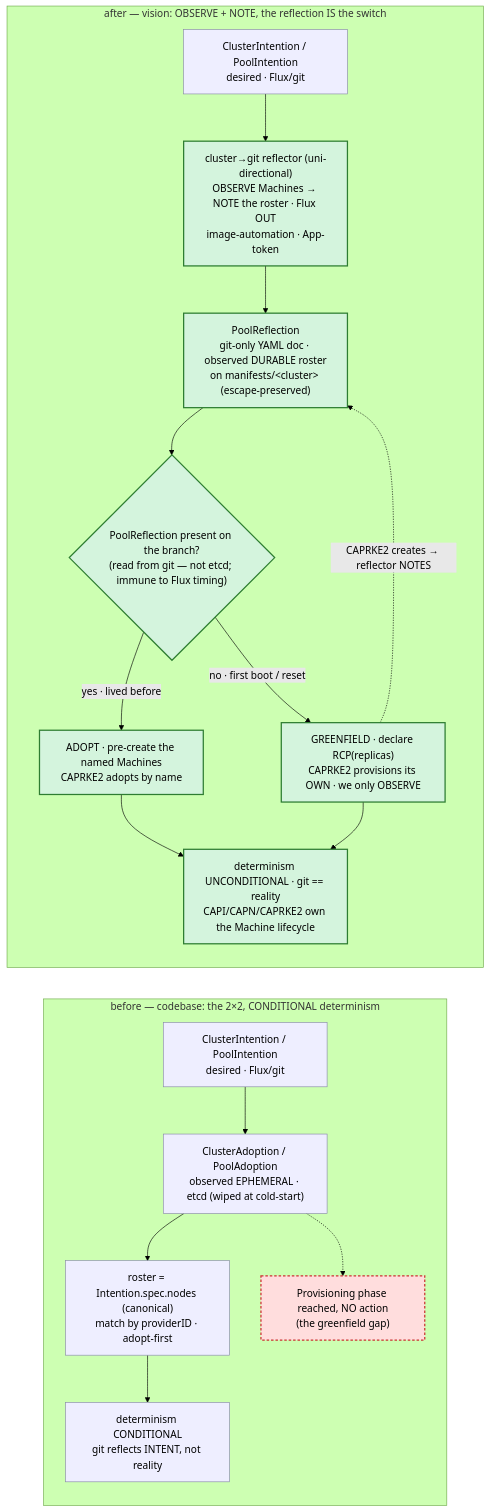
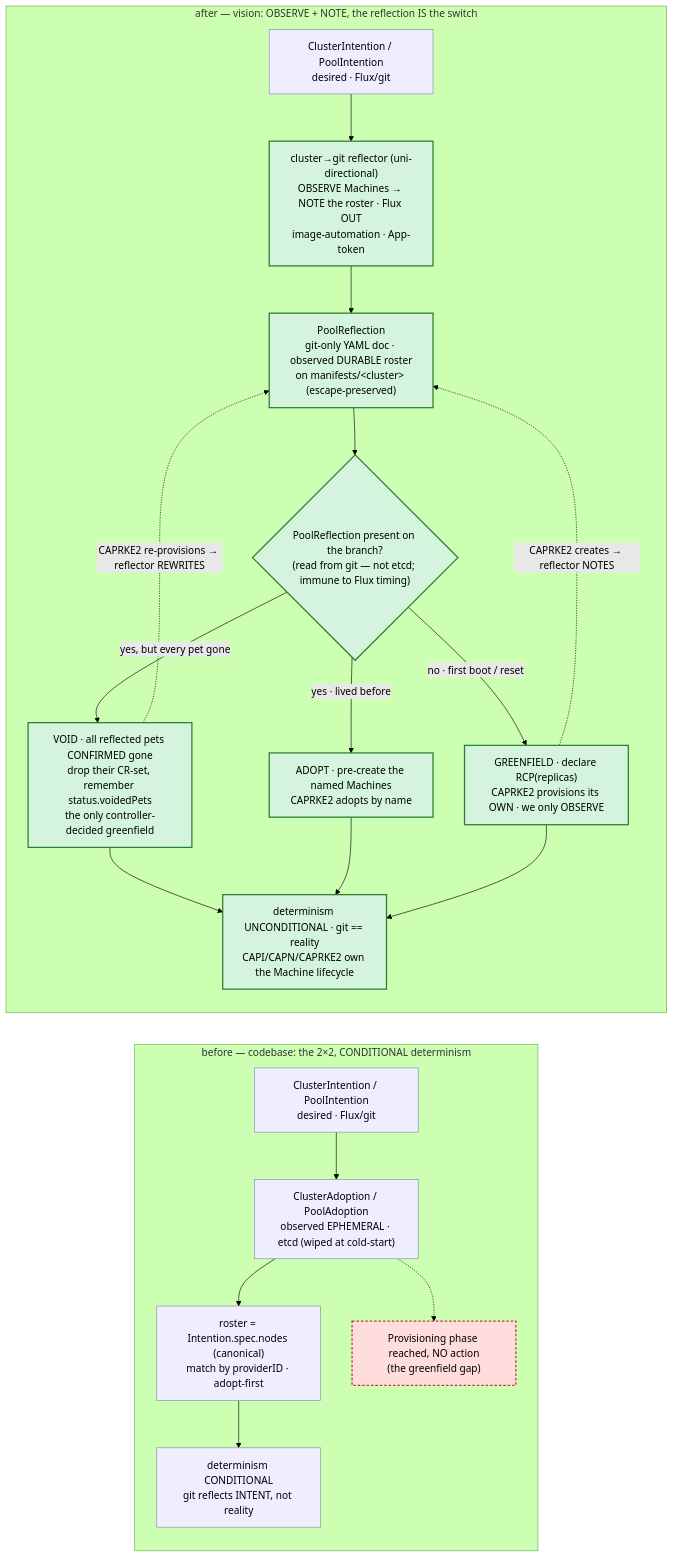
The diagram in docs/architecture/atlas/cluster-seeding.adoc (seedmatic/rke2lab), drawn with Mermaid (forest theme) before and after one commit. The commit also changed other lines of this file and 3 other files, not shown here.

```diff
--- a/docs/architecture/atlas/cluster-seeding.adoc
+++ b/docs/architecture/atlas/cluster-seeding.adoc
@@ -47,34 +47,38 @@
 [mermaid]
 ....
 flowchart LR
   subgraph B[before — codebase: the 2×2, CONDITIONAL determinism]
     b_int["ClusterIntention / PoolIntention<br/>desired · Flux/git"]
     b_ad["ClusterAdoption / PoolAdoption<br/>observed EPHEMERAL · etcd (wiped at cold-start)"]
     b_ros["roster = Intention.spec.nodes (canonical)<br/>match by providerID · adopt-first"]
     b_det["determinism CONDITIONAL<br/>git reflects INTENT, not reality"]
     b_gap["Provisioning phase reached, NO action<br/>(the greenfield gap)"]
     b_int --> b_ad --> b_ros --> b_det
     b_ad -.-> b_gap
   end
   subgraph A[after — vision: OBSERVE + NOTE, the reflection IS the switch]
     a_int["ClusterIntention / PoolIntention<br/>desired · Flux/git"]
     a_ref["cluster→git reflector (uni-directional)<br/>OBSERVE Machines → NOTE the roster · Flux OUT<br/>image-automation · App-token"]
     a_refl["PoolReflection<br/>git-only YAML doc · observed DURABLE roster<br/>on manifests/&lt;cluster&gt; (escape-preserved)"]
     a_sw{"PoolReflection present on the branch?<br/>(read from git — not etcd; immune to Flux timing)"}
     a_adopt["ADOPT · pre-create the named Machines<br/>CAPRKE2 adopts by name"]
     a_green["GREENFIELD · declare RCP(replicas)<br/>CAPRKE2 provisions its OWN · we only OBSERVE"]
     a_det["determinism UNCONDITIONAL · git == reality<br/>CAPI/CAPN/CAPRKE2 own the Machine lifecycle"]
     a_int --> a_ref --> a_refl --> a_sw
+    a_void["VOID · all reflected pets CONFIRMED gone<br/>drop their CR-set, remember status.voidedPets<br/>the only controller-decided greenfield"]
     a_sw -->|"yes · lived before"| a_adopt
+    a_sw -->|"yes, but every pet gone"| a_void
     a_sw -->|"no · first boot / reset"| a_green
+    a_void -.->|"CAPRKE2 re-provisions → reflector REWRITES"| a_refl
+    a_void --> a_det
     a_green -.->|"CAPRKE2 creates → reflector NOTES"| a_refl
     a_adopt --> a_det
     a_green --> a_det
   end
   classDef built fill:#eef,stroke:#88a,stroke-width:1px;
   classDef new fill:#d4f4dd,stroke:#2e7d32,stroke-width:2px;
   classDef gone fill:#fdd,stroke:#c33,stroke-width:2px,stroke-dasharray:4 3;
   class b_int,b_ad,b_ros,b_det,a_int built;
   class b_gap gone;
-  class a_ref,a_refl,a_sw,a_adopt,a_green,a_det new;
+  class a_ref,a_refl,a_sw,a_adopt,a_green,a_void,a_det new;
 ....
```
